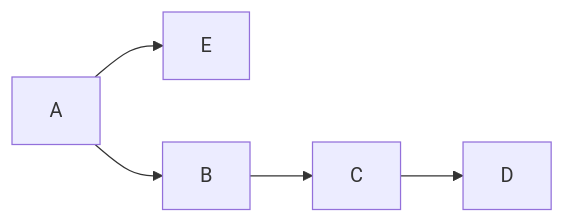
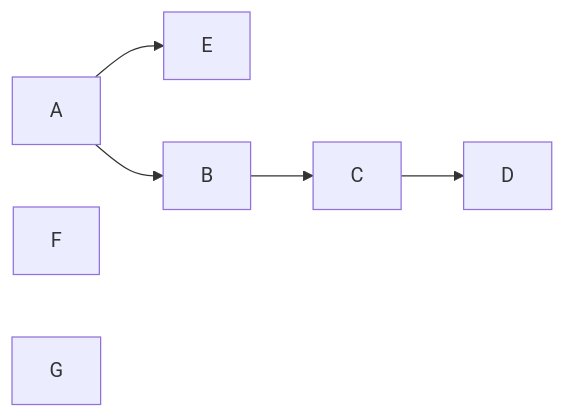
One commit to USTC-CS-Course-Resource/USTC-CS-Resources changed the diagram in CS/Database/hw/hw3/hw3.md. Above: the diagram before and after it, drawn with Mermaid. The commit also changed other lines of this file, not shown here.

````diff
--- a/CS/Database/hw/hw3/hw3.md
+++ b/CS/Database/hw/hw3/hw3.md
@@ -54,7 +54,9 @@
 ```mermaid
 graph LR
     A --> E
     A --> B
     B --> C
     C --> D
+    F
+    G
 ```
````
